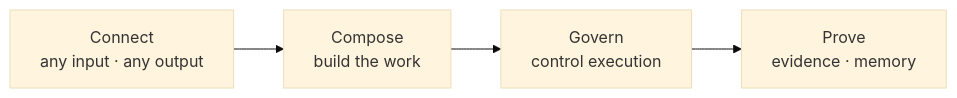
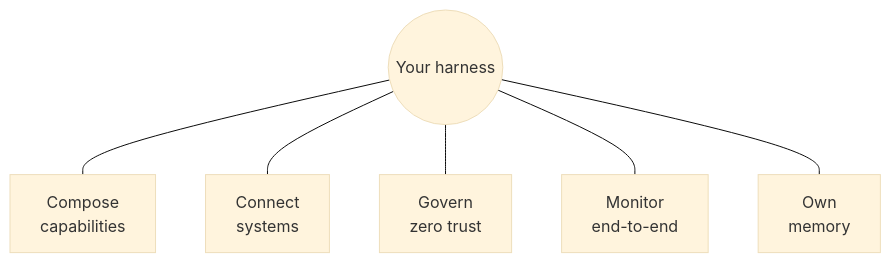
Before and after one commit to convexideas/oktopus: the diagram in docs/index.md, drawn with Mermaid (base theme). The commit also changed other lines of this file and 5 other files, not shown here.

````diff
--- a/docs/index.md
+++ b/docs/index.md
@@ -28,8 +7,9 @@
 ```mermaid
-flowchart LR
-    Connect["Connect<br/>any input · any output"]
-    Compose["Compose<br/>build the work"]
-    Govern["Govern<br/>control execution"]
-    Prove["Prove<br/>evidence · memory"]
-    Connect --> Compose --> Govern --> Prove
+flowchart TB
+    Harness(("Your harness"))
+    Harness --- Compose["Compose<br/>capabilities"]
+    Harness --- Connect["Connect<br/>systems"]
+    Harness --- Govern["Govern<br/>zero trust"]
+    Harness --- Monitor["Monitor<br/>end-to-end"]
+    Harness --- Own["Own<br/>memory"]
 ```
````
